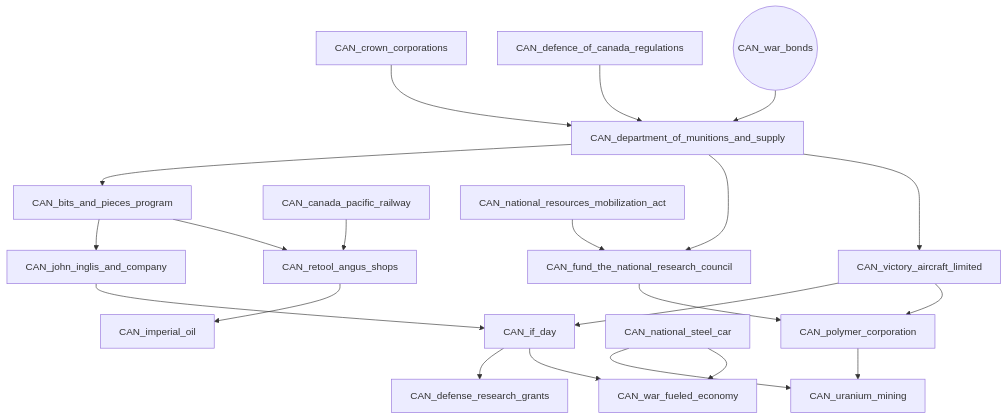
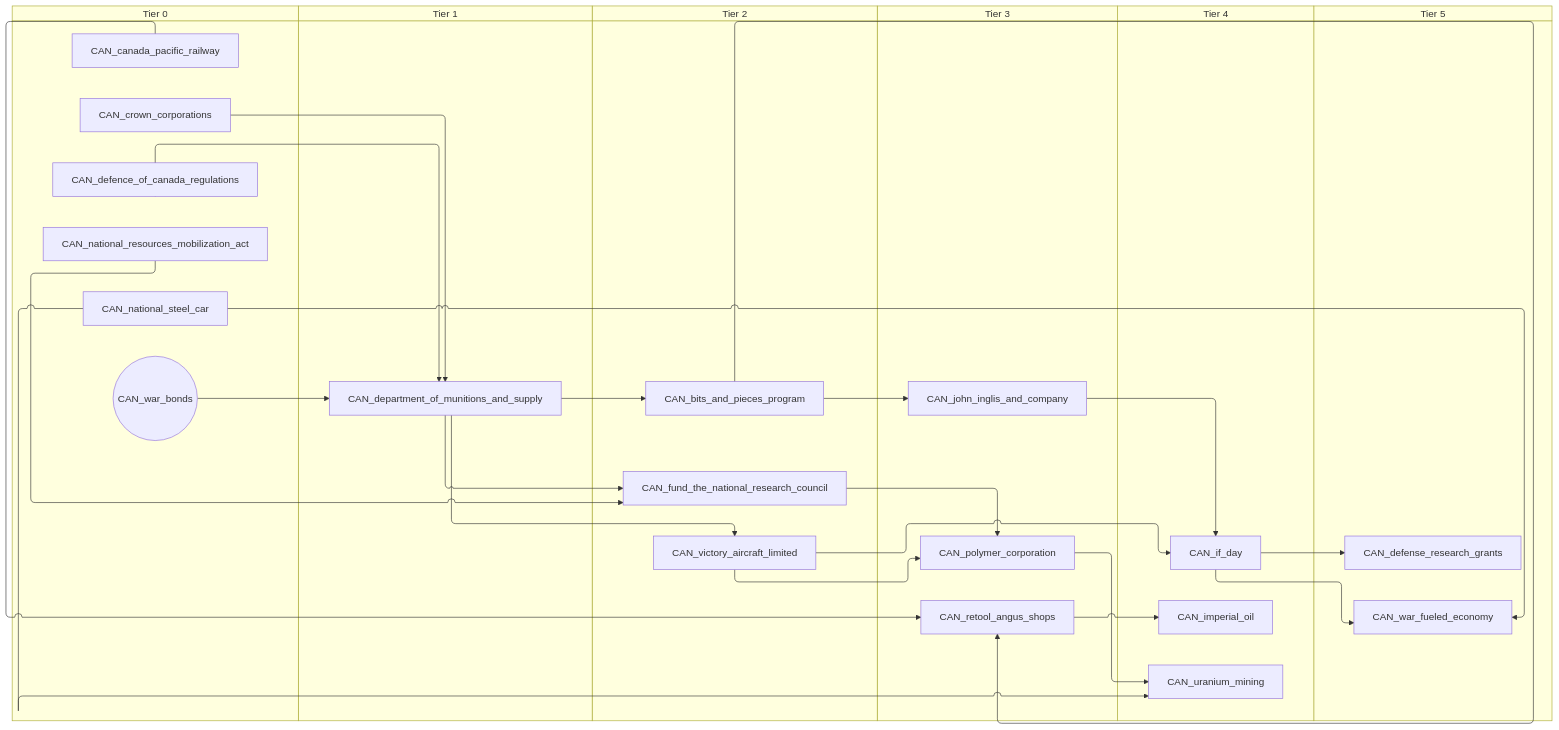
The ninth of 9 diagrams in docs/gdd/National Focuses/canada.md (evgeny-sobol/hoi4-sandbox-mode), drawn with Mermaid before and after one commit. The commit also changed other lines of this file and 80 other files, not shown here.

First line of the commit message:
Add swimlane mode to focus graph exporter

````diff
--- a/docs/gdd/National Focuses/canada.md
+++ b/docs/gdd/National Focuses/canada.md
@@ -377,41 +469,53 @@
 ```mermaid
-flowchart TD
-    n18["CAN_bits_and_pieces_program"]
-    n19["CAN_canada_pacific_railway"]
-    n20["CAN_crown_corporations"]
-    n21["CAN_defence_of_canada_regulations"]
-    n22["CAN_defense_research_grants"]
-    n23["CAN_department_of_munitions_and_supply"]
-    n25["CAN_fund_the_national_research_council"]
-    n26["CAN_if_day"]
-    n27["CAN_imperial_oil"]
-    n28["CAN_john_inglis_and_company"]
-    n30["CAN_national_resources_mobilization_act"]
-    n31["CAN_national_steel_car"]
-    n32["CAN_polymer_corporation"]
-    n33["CAN_retool_angus_shops"]
-    n35["CAN_uranium_mining"]
-    n36["CAN_victory_aircraft_limited"]
-    n37(("CAN_war_bonds"))
-    n38["CAN_war_fueled_economy"]
-    n23 --> n18
-    n26 --> n22
-    n20 --> n23
-    n21 --> n23
-    n37 --> n23
-    n23 --> n25
-    n30 --> n25
-    n28 --> n26
-    n36 --> n26
-    n33 --> n27
-    n18 --> n28
-    n36 --> n32
-    n25 --> n32
-    n19 --> n33
+swimlane-beta TD
+    subgraph tier_0["Tier 0"]
+        n18["CAN_canada_pacific_railway"]
+        n19["CAN_crown_corporations"]
+        n20["CAN_defence_of_canada_regulations"]
+        n21["CAN_national_resources_mobilization_act"]
+        n22["CAN_national_steel_car"]
+        n24(("CAN_war_bonds"))
+    end
+    subgraph tier_1["Tier 1"]
+        n25["CAN_department_of_munitions_and_supply"]
+    end
+    subgraph tier_2["Tier 2"]
+        n27["CAN_bits_and_pieces_program"]
+        n29["CAN_fund_the_national_research_council"]
+        n30["CAN_victory_aircraft_limited"]
+    end
+    subgraph tier_3["Tier 3"]
+        n31["CAN_john_inglis_and_company"]
+        n32["CAN_polymer_corporation"]
+        n33["CAN_retool_angus_shops"]
+    end
+    subgraph tier_4["Tier 4"]
+        n34["CAN_if_day"]
+        n35["CAN_imperial_oil"]
+        n36["CAN_uranium_mining"]
+    end
+    subgraph tier_5["Tier 5"]
+        n37["CAN_defense_research_grants"]
+        n38["CAN_war_fueled_economy"]
+    end
+    n25 --> n27
+    n34 --> n37
+    n19 --> n25
+    n20 --> n25
+    n24 --> n25
+    n25 --> n29
+    n21 --> n29
+    n31 --> n34
+    n30 --> n34
+    n33 --> n35
+    n27 --> n31
+    n30 --> n32
+    n29 --> n32
     n18 --> n33
-    n32 --> n35
-    n31 --> n35
-    n23 --> n36
-    n31 --> n38
-    n26 --> n38
+    n27 --> n33
+    n32 --> n36
+    n22 --> n36
+    n25 --> n30
+    n22 --> n38
+    n34 --> n38
 ```
````
